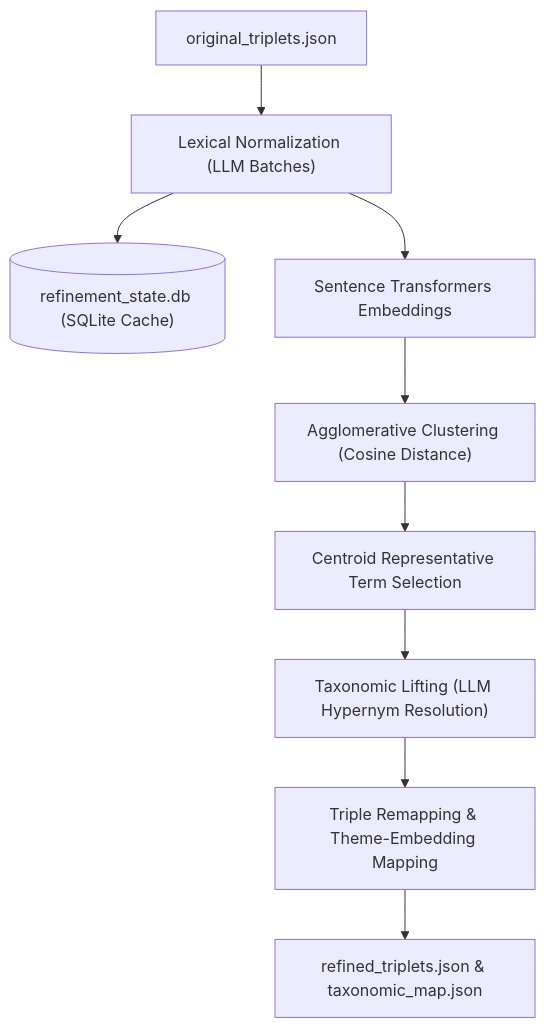
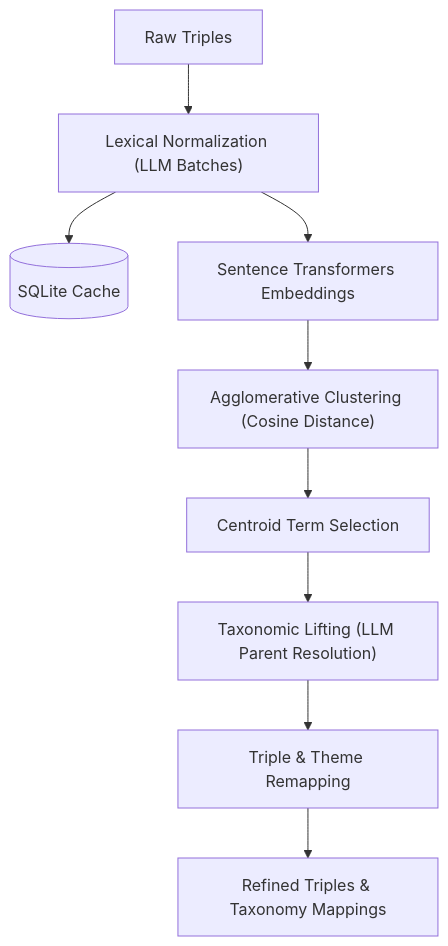
Before and after one commit to childmindresearch/SemanticPrism: the first of 3 diagrams in README.md, drawn with Mermaid. The commit also changed other lines of this file and 15 other files, not shown here.

````diff
--- a/README.md
+++ b/README.md
@@ -51,11 +50,11 @@
 ```mermaid
 graph TD
-    RawTriplets["original_triplets.json"] --> LexicalNorm["Lexical Normalization (LLM Batches)"]
-    LexicalNorm --> CacheDB[("refinement_state.db (SQLite Cache)")]
+    RawTriplets["Raw Triples"] --> LexicalNorm["Lexical Normalization (LLM Batches)"]
+    LexicalNorm --> CacheDB[("SQLite Cache")]
     LexicalNorm --> Embeddings["Sentence Transformers Embeddings"]
     Embeddings --> CosineClust["Agglomerative Clustering (Cosine Distance)"]
-    CosineClust --> CentroidResolv["Centroid Representative Term Selection"]
-    CentroidResolv --> TaxoLifting["Taxonomic Lifting (LLM Hypernym Resolution)"]
-    TaxoLifting --> Remap["Triple Remapping & Theme-Embedding Mapping"]
-    Remap --> RefinedOut["refined_triplets.json & taxonomic_map.json"]
+    CosineClust --> CentroidResolv["Centroid Term Selection"]
+    CentroidResolv --> TaxoLifting["Taxonomic Lifting (LLM Parent Resolution)"]
+    TaxoLifting --> Remap["Triple & Theme Remapping"]
+    Remap --> RefinedOut["Refined Triples & Taxonomy Mappings"]
 ```
````
